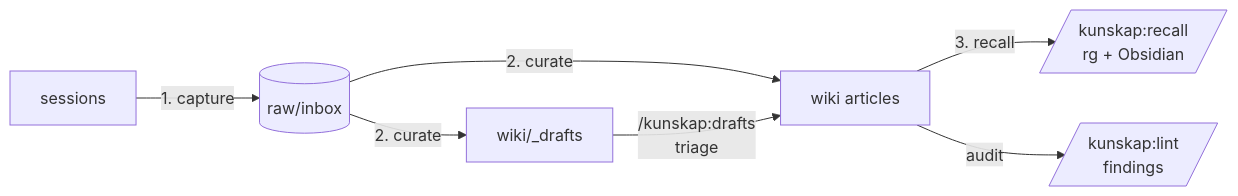
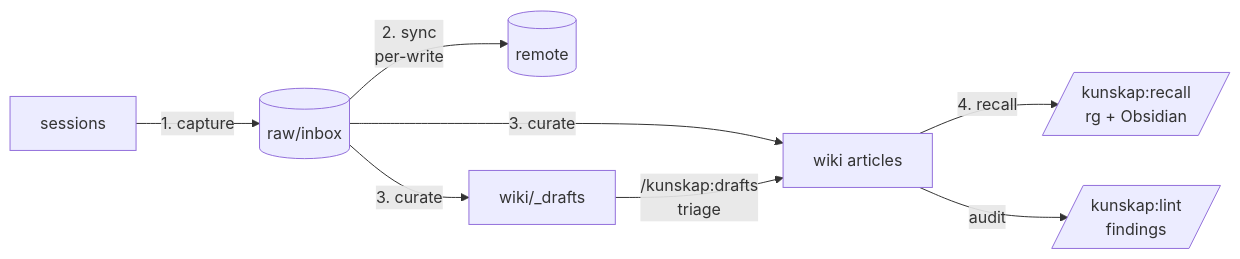
The diagram in README.md (Abeansits/kunskap), drawn with Mermaid before and after one commit. The commit also changed other lines of this file and 26 other files, not shown here.

First line of the commit message:
feat: kunskap v1.1.0 — capture + recall: closing the value loop (#11)

````diff
--- a/README.md
+++ b/README.md
@@ -58,9 +64,10 @@
 ```mermaid
 flowchart LR
   S[sessions] -->|1. capture| I[(raw/inbox)]
-  I -->|2. curate| W[wiki articles]
-  I -->|2. curate| D[wiki/_drafts]
+  I -->|2. sync<br/>per-write| R[(remote)]
+  I -->|3. curate| W[wiki articles]
+  I -->|3. curate| D[wiki/_drafts]
   D -->|/kunskap:drafts<br/>triage| W
-  W -->|3. recall| Q[/kunskap:recall<br/>rg + Obsidian/]
+  W -->|4. recall| Q[/kunskap:recall<br/>rg + Obsidian/]
   W -->|audit| L[/kunskap:lint<br/>findings/]
 ```
````
